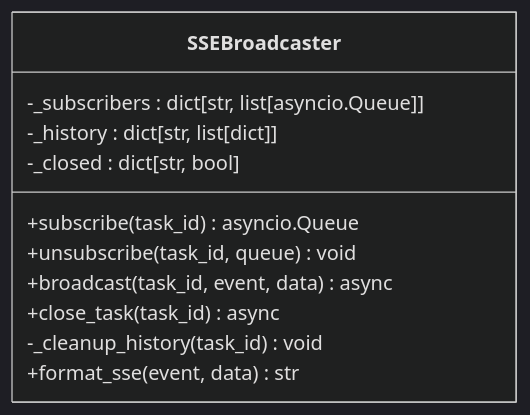
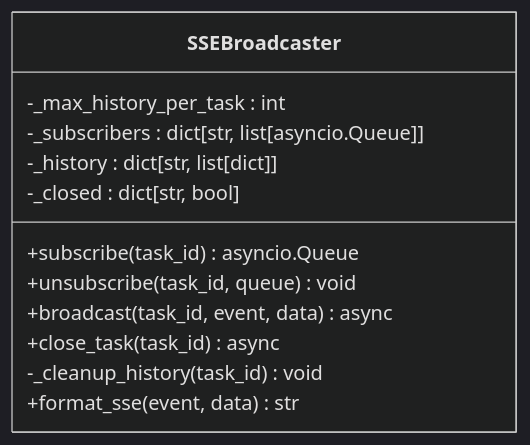
The third of 7 diagrams in .qoder/repowiki/zh/content/后端开发/编排器引擎/事件广播系统.md (sansansansansan2022-web/hotclaw), drawn with Mermaid (dark theme) before and after one commit. The commit also changed other lines of this file and 44 other files, not shown here.

````diff
--- a/.qoder/repowiki/zh/content/后端开发/编排器引擎/事件广播系统.md
+++ b/.qoder/repowiki/zh/content/后端开发/编排器引擎/事件广播系统.md
@@ -151,14 +155,15 @@
 ```mermaid
 classDiagram
 class SSEBroadcaster {
+-_max_history_per_task : int
 -_subscribers : dict[str, list[asyncio.Queue]]
 -_history : dict[str, list[dict]]
 -_closed : dict[str, bool]
 +subscribe(task_id) asyncio.Queue
 +unsubscribe(task_id, queue) void
 +broadcast(task_id, event, data) async
 +close_task(task_id) async
 -_cleanup_history(task_id) void
 +format_sse(event, data) str
 }
 ```
````
